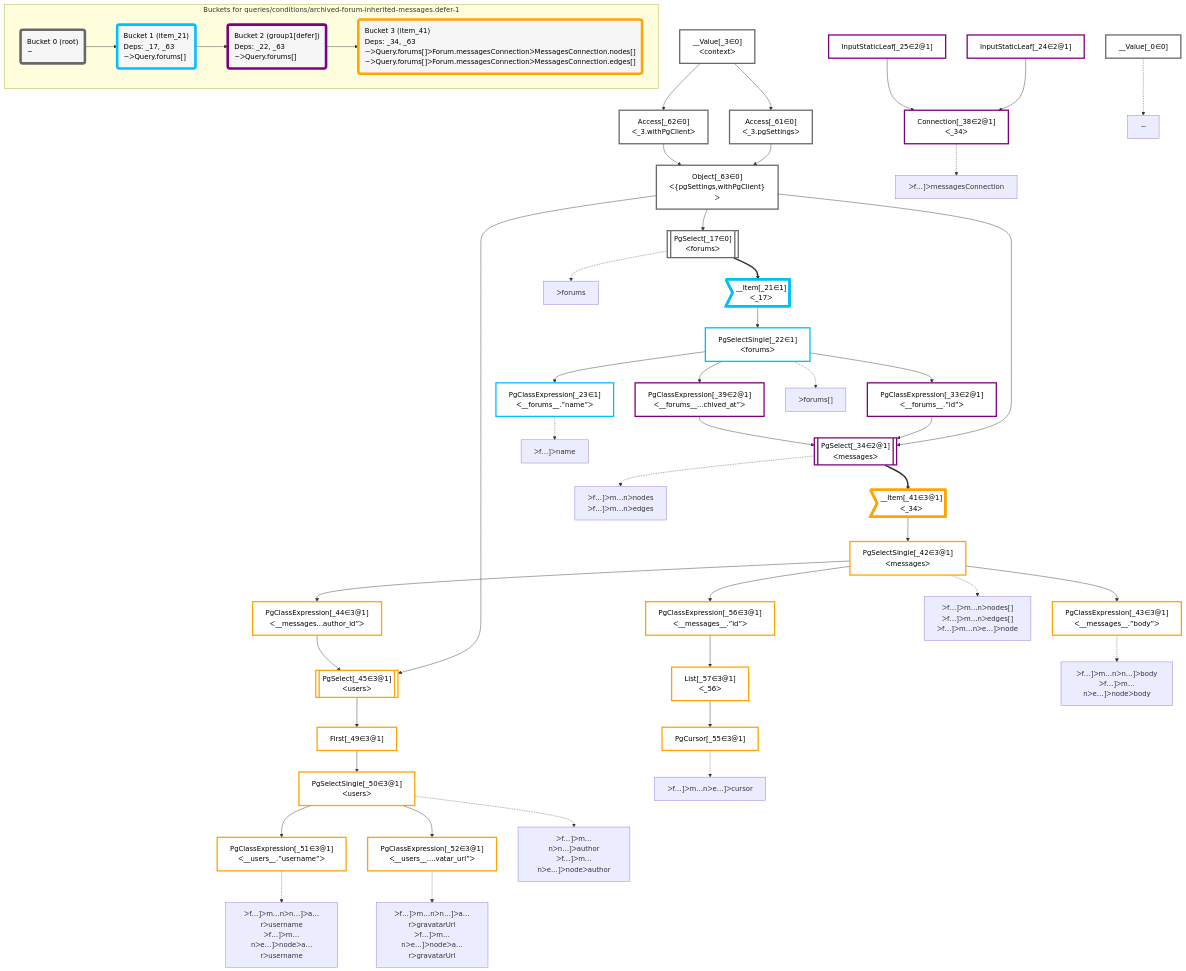
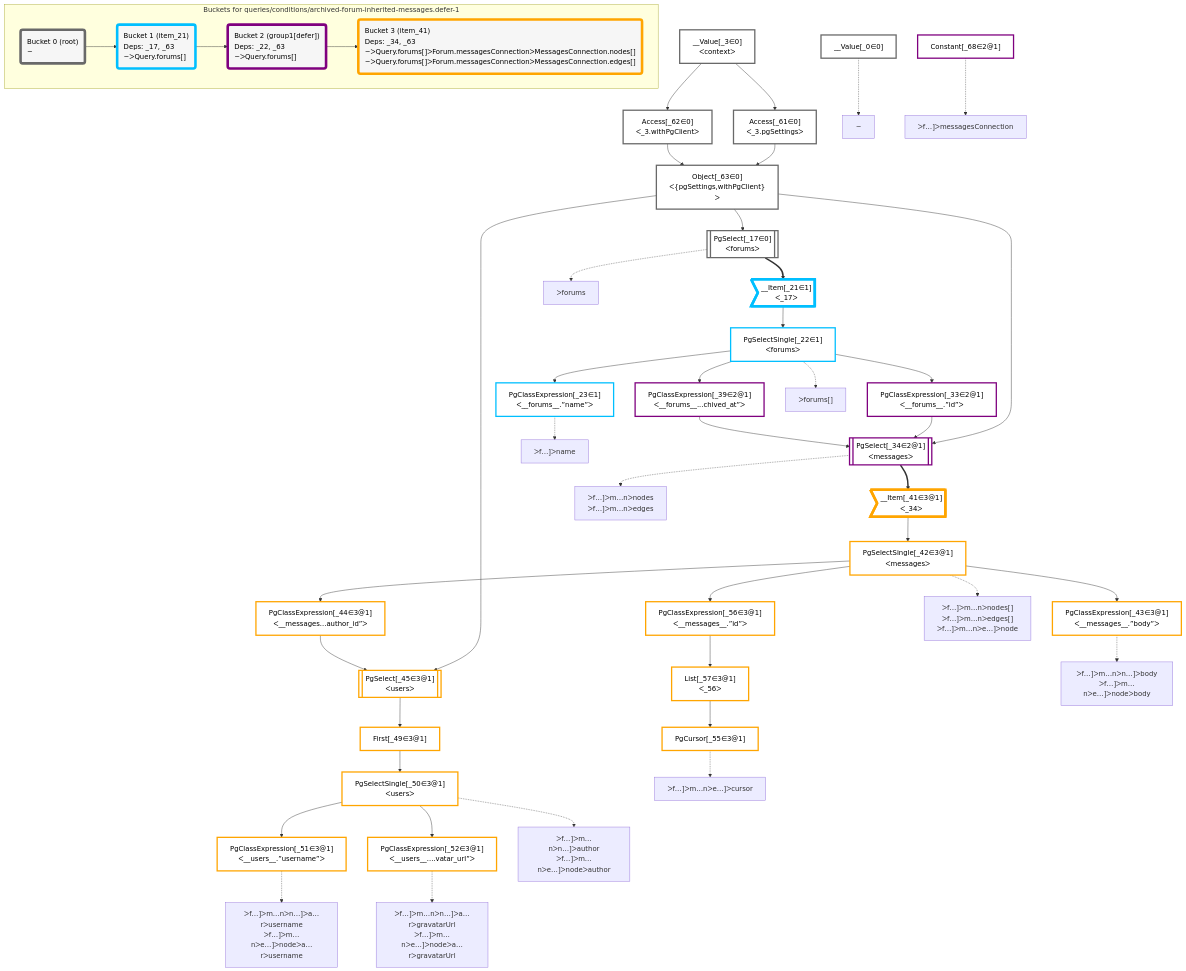
The diagram in packages/dataplan-pg/__tests__/queries/conditions/archived-forum-inherited-messages.defer-1.deopt.mermaid.md (graphile/crystal), drawn with Mermaid before and after one commit. The commit also changed 57 other files, not shown here.

```diff
--- a/packages/dataplan-pg/__tests__/queries/conditions/archived-forum-inherited-messages.defer-1.deopt.mermaid.md
+++ b/packages/dataplan-pg/__tests__/queries/conditions/archived-forum-inherited-messages.defer-1.deopt.mermaid.md
@@ -32,9 +32,7 @@
     Access_61["Access[_61∈0]<br />ᐸ_3.pgSettingsᐳ"]:::plan
     Access_62["Access[_62∈0]<br />ᐸ_3.withPgClientᐳ"]:::plan
     __Value_3["__Value[_3∈0]<br />ᐸcontextᐳ"]:::plan
-    Connection_38["Connection[_38∈2@1]<br />ᐸ_34ᐳ"]:::plan
-    InputStaticLeaf_24["InputStaticLeaf[_24∈2@1]"]:::plan
-    InputStaticLeaf_25["InputStaticLeaf[_25∈2@1]"]:::plan
+    Constant_68["Constant[_68∈2@1]"]:::plan
 
     %% plan dependencies
     PgSelectSingle_22 --> PgClassExpression_23
@@ -59,7 +57,6 @@
     Access_61 & Access_62 --> Object_63
     __Value_3 --> Access_61
     __Value_3 --> Access_62
-    InputStaticLeaf_24 & InputStaticLeaf_25 --> Connection_38
 
     %% plan-to-path relationships
     P_0["~"]
@@ -72,8 +69,6 @@
     PgClassExpression_23 -.-> P_23
     P_34["ᐳf…]ᐳm…nᐳnodes<br />ᐳf…]ᐳm…nᐳedges"]
     PgSelect_34 -.-> P_34
-    P_38["ᐳf…]ᐳmessagesConnection"]
-    Connection_38 -.-> P_38
     P_42["ᐳf…]ᐳm…nᐳnodes[]<br />ᐳf…]ᐳm…nᐳedges[]<br />ᐳf…]ᐳm…nᐳe…]ᐳnode"]
     PgSelectSingle_42 -.-> P_42
     P_43["ᐳf…]ᐳm…nᐳn…]ᐳbody<br />ᐳf…]ᐳm…nᐳe…]ᐳnodeᐳbody"]
@@ -86,6 +81,8 @@
     PgClassExpression_52 -.-> P_52
     P_55["ᐳf…]ᐳm…nᐳe…]ᐳcursor"]
     PgCursor_55 -.-> P_55
+    P_68["ᐳf…]ᐳmessagesConnection"]
+    Constant_68 -.-> P_68
 
     subgraph "Buckets for queries/conditions/archived-forum-inherited-messages.defer-1"
     Bucket0("Bucket 0 (root)<br />~"):::bucket
@@ -96,7 +93,7 @@
     class Bucket1,__Item_21,PgSelectSingle_22,PgClassExpression_23 bucket1
     Bucket2("Bucket 2 (group1[defer])<br />Deps: _22, _63<br />~ᐳQuery.forums[]"):::bucket
     classDef bucket2 stroke:#7f007f
-    class Bucket2,InputStaticLeaf_24,InputStaticLeaf_25,PgClassExpression_33,PgSelect_34,Connection_38,PgClassExpression_39 bucket2
+    class Bucket2,PgClassExpression_33,PgSelect_34,PgClassExpression_39,Constant_68 bucket2
     Bucket3("Bucket 3 (item_41)<br />Deps: _34, _63<br />~ᐳQuery.forums[]ᐳForum.messagesConnectionᐳMessagesConnection.nodes[]<br />~ᐳQuery.forums[]ᐳForum.messagesConnectionᐳMessagesConnection.edges[]"):::bucket
     classDef bucket3 stroke:#ffa500
     class Bucket3,__Item_41,PgSelectSingle_42,PgClassExpression_43,PgClassExpression_44,PgSelect_45,First_49,PgSelectSingle_50,PgClassExpression_51,PgClassExpression_52,PgCursor_55,PgClassExpression_56,List_57 bucket3
```
